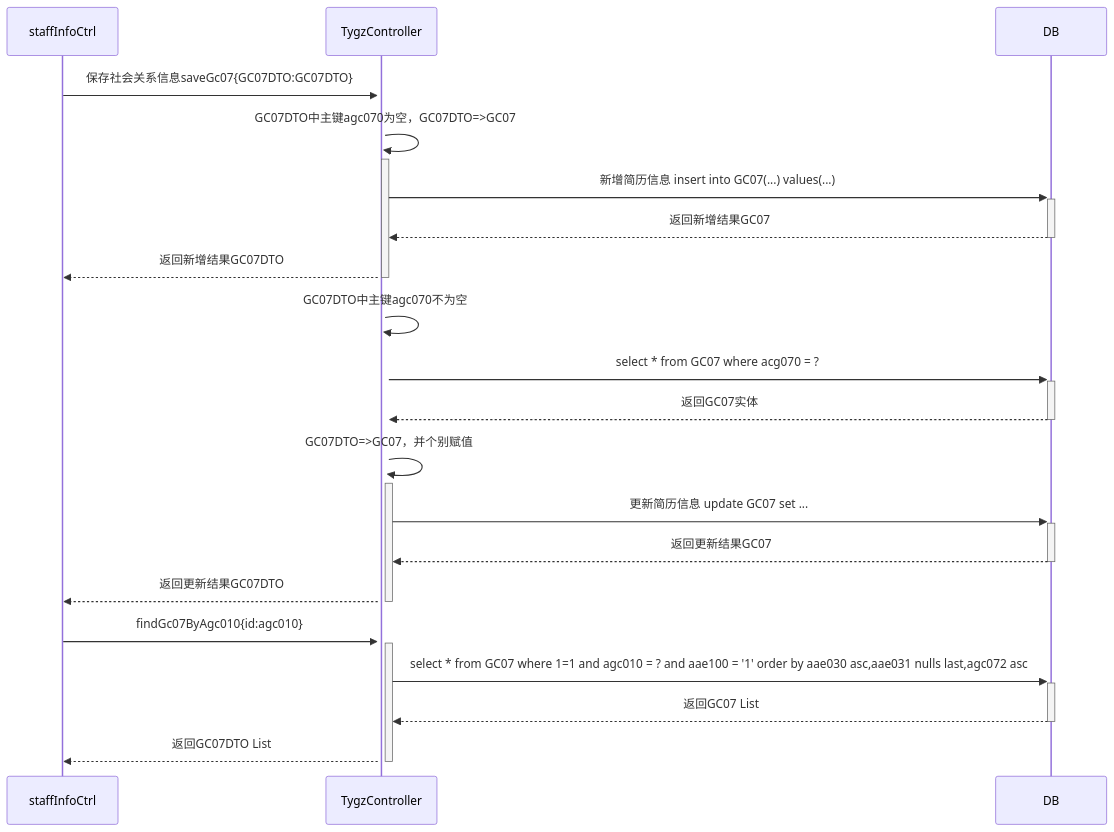
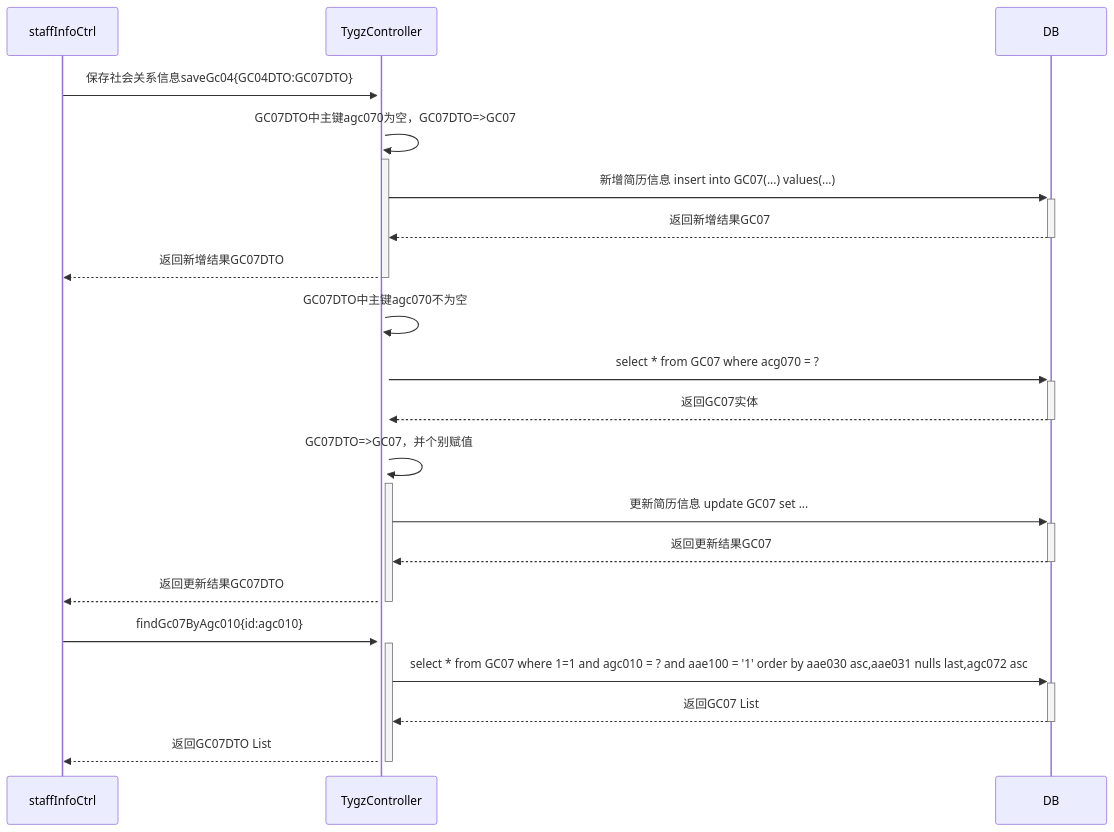
Before and after one commit to ZhangJianBeiJing/iodraw-files: the diagram in all/未命名.md, drawn with Mermaid.

Commit message:
2025-03-25 17:31:29 update

````diff
--- a/all/未命名.md
+++ b/all/未命名.md
@@ -1,22 +1,22 @@
 ```mermaid
 sequenceDiagram
-    staffInfoCtrl->>+TygzController:保存社会关系信息saveGc07{GC07DTO:GC07DTO}
+    staffInfoCtrl->>+TygzController:保存社会关系信息saveGc04{GC04DTO:GC07DTO}
     TygzController->>+TygzController:GC07DTO中主键agc070为空，GC07DTO=>GC07
     TygzController->>+DB:新增简历信息 insert into GC07(...) values(...)
     DB-->>-TygzController:返回新增结果GC07
     TygzController-->>-staffInfoCtrl:返回新增结果GC07DTO
     TygzController->>+TygzController:GC07DTO中主键agc070不为空
     TygzController->>+DB:select * from GC07 where acg070 = ?
     DB-->>-TygzController:返回GC07实体
     TygzController->>+TygzController:GC07DTO=>GC07，并个别赋值
     TygzController->>+DB:更新简历信息 update GC07 set ...
     DB-->>-TygzController:返回更新结果GC07
     TygzController-->>-staffInfoCtrl:返回更新结果GC07DTO
 
     staffInfoCtrl->>+TygzController:findGc07ByAgc010{id:agc010}
     TygzController->>+DB:select * from GC07 where 1=1 and agc010 = ? and aae100 = '1' order by aae030 asc,aae031 nulls last,agc072 asc 
     DB-->>-TygzController:返回GC07 List
     TygzController-->>-staffInfoCtrl:返回GC07DTO List
             
             
 ```
````
